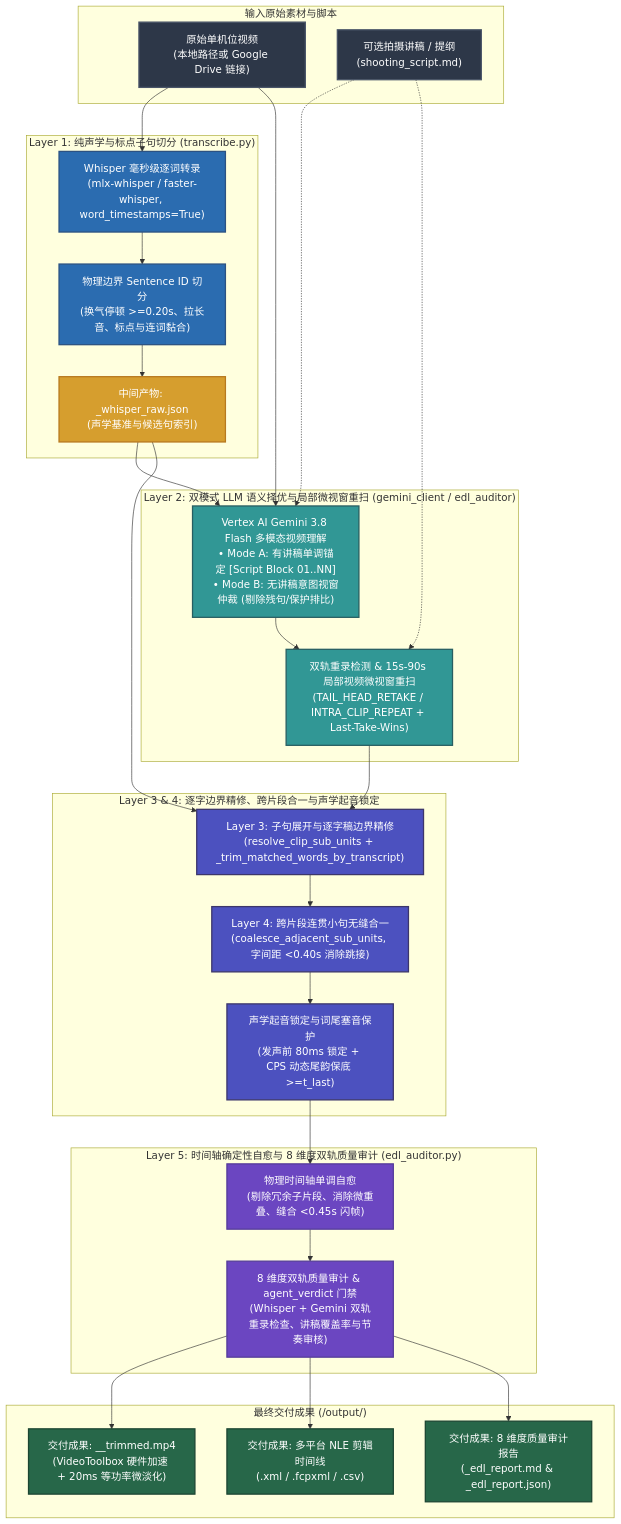
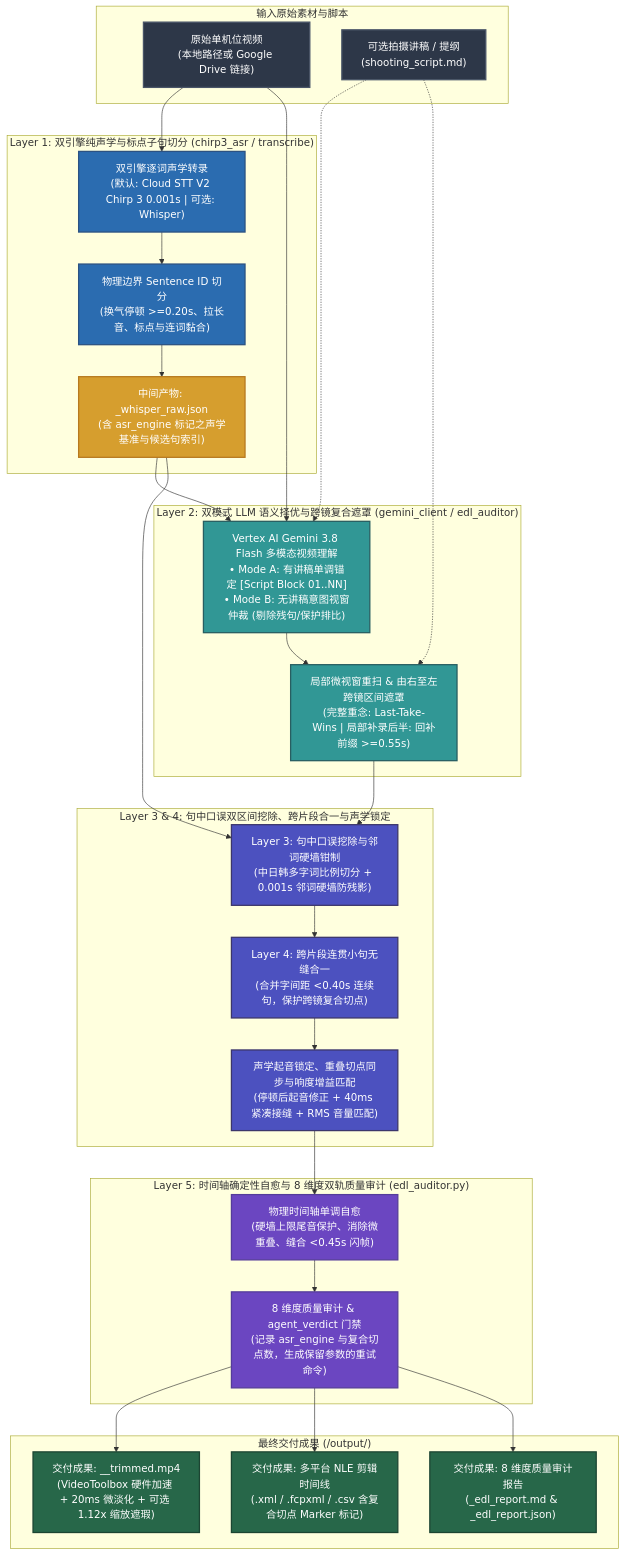
One commit to sylphlin/video-trimmer changed the diagram in README.zh-CN.md. Above: the diagram before and after it, drawn with Mermaid. The commit also changed other lines of this file and 28 other files, not shown here.

Commit message:
feat: add Chirp 3 default ASR, composite pick-up backfill, and coalesced LLM micro-window arbitration

````diff
--- a/README.zh-CN.md
+++ b/README.zh-CN.md
@@ -20,59 +20,59 @@
 ```mermaid
 flowchart TD
     classDef inputStyle fill:#2D3748,stroke:#4A5568,stroke-width:2px,color:#fff;
     classDef stage1Style fill:#2B6CB0,stroke:#2C5282,stroke-width:2px,color:#fff;
     classDef stage2Style fill:#319795,stroke:#285E61,stroke-width:2px,color:#fff;
     classDef stage3Style fill:#4C51BF,stroke:#3C366B,stroke-width:2px,color:#fff;
     classDef stage4Style fill:#6B46C1,stroke:#553C9A,stroke-width:2px,color:#fff;
     classDef artifactStyle fill:#D69E2E,stroke:#B7791F,stroke-width:2px,color:#fff;
     classDef outputStyle fill:#276749,stroke:#1C4532,stroke-width:2px,color:#fff;
 
     subgraph Inputs["输入原始素材与脚本"]
         IN["原始单机位视频<br/>(本地路径或 Google Drive 链接)"]:::inputStyle
         SC["可选拍摄讲稿 / 提纲<br/>(shooting_script.md)"]:::inputStyle
     end
 
-    subgraph L1["Layer 1: 纯声学与标点子句切分 (transcribe.py)"]
-        W_ASR["Whisper 毫秒级逐词转录<br/>(mlx-whisper / faster-whisper, word_timestamps=True)"]:::stage1Style
+    subgraph L1["Layer 1: 双引擎纯声学与标点子句切分 (chirp3_asr / transcribe)"]
+        W_ASR["双引擎逐词声学转录<br/>(默认: Cloud STT V2 Chirp 3 0.001s | 可选: Whisper)"]:::stage1Style
         S_SEG["物理边界 Sentence ID 切分<br/>(换气停顿 >=0.20s、拉长音、标点与连词黏合)"]:::stage1Style
-        W_JSON["中间产物: <basename>_whisper_raw.json<br/>(声学基准与候选句索引)"]:::artifactStyle
+        W_JSON["中间产物: <basename>_whisper_raw.json<br/>(含 asr_engine 标记之声学基准与候选句索引)"]:::artifactStyle
         W_ASR --> S_SEG --> W_JSON
     end
 
-    subgraph L2["Layer 2: 双模式 LLM 语义择优与局部微视窗重扫 (gemini_client / edl_auditor)"]
+    subgraph L2["Layer 2: 双模式 LLM 语义择优与跨镜复合遮罩 (gemini_client / edl_auditor)"]
         MODE["Vertex AI Gemini 3.8 Flash 多模态视频理解<br/>• Mode A: 有讲稿单调锚定 [Script Block 01..NN]<br/>• Mode B: 无讲稿意图视窗仲裁 (剔除残句/保护排比)"]:::stage2Style
-        REPAIR["双轨重录检测 & 15s-90s 局部视频微视窗重扫<br/>(TAIL_HEAD_RETAKE / INTRA_CLIP_REPEAT + Last-Take-Wins)"]:::stage2Style
+        REPAIR["局部微视窗重扫 & 由右至左跨镜区间遮罩<br/>(完整重念: Last-Take-Wins | 局部补录后半: 回补前缀 >=0.55s)"]:::stage2Style
         MODE --> REPAIR
     end
 
-    subgraph L3_L4["Layer 3 & 4: 逐字边界精修、跨片段合一与声学起音锁定"]
-        L3["Layer 3: 子句展开与逐字稿边界精修<br/>(resolve_clip_sub_units + _trim_matched_words_by_transcript)"]:::stage3Style
-        L4["Layer 4: 跨片段连贯小句无缝合一<br/>(coalesce_adjacent_sub_units, 字间距 <0.40s 消除跳接)"]:::stage3Style
-        AC["声学起音锁定与词尾塞音保护<br/>(发声前 80ms 锁定 + CPS 动态尾韵保底 >=t_last)"]:::stage3Style
+    subgraph L3_L4["Layer 3 & 4: 句中口误双区间挖除、跨片段合一与声学锁定"]
+        L3["Layer 3: 句中口误挖除与邻词硬墙钳制<br/>(中日韩多字词比例切分 + 0.001s 邻词硬墙防残影)"]:::stage3Style
+        L4["Layer 4: 跨片段连贯小句无缝合一<br/>(合并字间距 <0.40s 连续句，保护跨镜复合切点)"]:::stage3Style
+        AC["声学起音锁定、重叠切点同步与响度增益匹配<br/>(停顿后起音修正 + 40ms 紧凑接缝 + RMS 音量匹配)"]:::stage3Style
         L3 --> L4 --> AC
     end
 
     subgraph L5["Layer 5: 时间轴确定性自愈与 8 维度双轨质量审计 (edl_auditor.py)"]
-        SAN["物理时间轴单调自愈<br/>(剔除冗余子片段、消除微重叠、缝合 <0.45s 闪帧)"]:::stage4Style
-        AUD["8 维度双轨质量审计 & agent_verdict 门禁<br/>(Whisper + Gemini 双轨重录检查、讲稿覆盖率与节奏审核)"]:::stage4Style
+        SAN["物理时间轴单调自愈<br/>(硬墙上限尾音保护、消除微重叠、缝合 <0.45s 闪帧)"]:::stage4Style
+        AUD["8 维度质量审计 & agent_verdict 门禁<br/>(记录 asr_engine 与复合切点数，生成保留参数的重试命令)"]:::stage4Style
         SAN --> AUD
     end
 
     subgraph Deliverables["最终交付成果 (<input_dir>/output/)"]
-        OUT_MP4["交付成果: <basename>_<tag>_trimmed.mp4<br/>(VideoToolbox 硬件加速 + 20ms 等功率微淡化)"]:::outputStyle
-        OUT_NLE["交付成果: 多平台 NLE 剪辑时间线<br/>(.xml / .fcpxml / .csv)"]:::outputStyle
+        OUT_MP4["交付成果: <basename>_<tag>_trimmed.mp4<br/>(VideoToolbox 硬件加速 + 20ms 微淡化 + 可选 1.12x 缩放遮瑕)"]:::outputStyle
+        OUT_NLE["交付成果: 多平台 NLE 剪辑时间线<br/>(.xml / .fcpxml / .csv 含复合切点 Marker 标记)"]:::outputStyle
         OUT_REP["交付成果: 8 维度质量审计报告<br/>(_edl_report.md & _edl_report.json)"]:::outputStyle
     end
 
     IN --> W_ASR
     IN --> MODE
     SC -.-> MODE
     W_JSON --> MODE
     SC -.-> REPAIR
     REPAIR --> L3
     W_JSON --> L3
     AC --> SAN
     AUD --> OUT_MP4
     AUD --> OUT_NLE
     AUD --> OUT_REP
 ```
````
